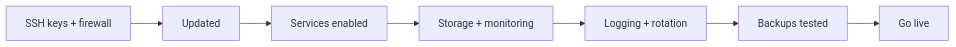
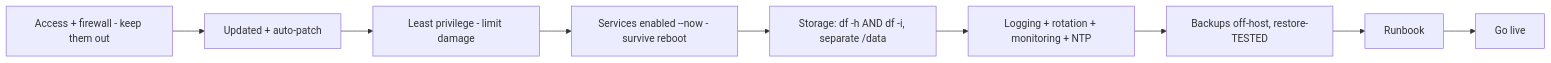
The diagram in 13-real-world-linux-for-devops/production-server-checklist.md (cloud-prakhar/learning-linux), drawn with Mermaid before and after one commit. The commit also changed other lines of this file and 69 other files, not shown here.

````diff
--- a/13-real-world-linux-for-devops/production-server-checklist.md
+++ b/13-real-world-linux-for-devops/production-server-checklist.md
@@ -37,9 +45,10 @@
 ```mermaid
 flowchart LR
-    Access[SSH keys + firewall] --> Patch[Updated]
-    Patch --> Svc[Services enabled]
-    Svc --> Store[Storage + monitoring]
-    Store --> Logs[Logging + rotation]
-    Logs --> Backup[Backups tested]
-    Backup --> Go[Go live]
+    Access[Access + firewall - keep them out] --> Patch[Updated + auto-patch]
+    Patch --> Priv[Least privilege - limit damage]
+    Priv --> Svc[Services enabled --now - survive reboot]
+    Svc --> Store[Storage: df -h AND df -i, separate /data]
+    Store --> Obs[Logging + rotation + monitoring + NTP]
+    Obs --> Backup[Backups off-host, restore-TESTED]
+    Backup --> Doc[Runbook] --> Go[Go live]
 ```
````
